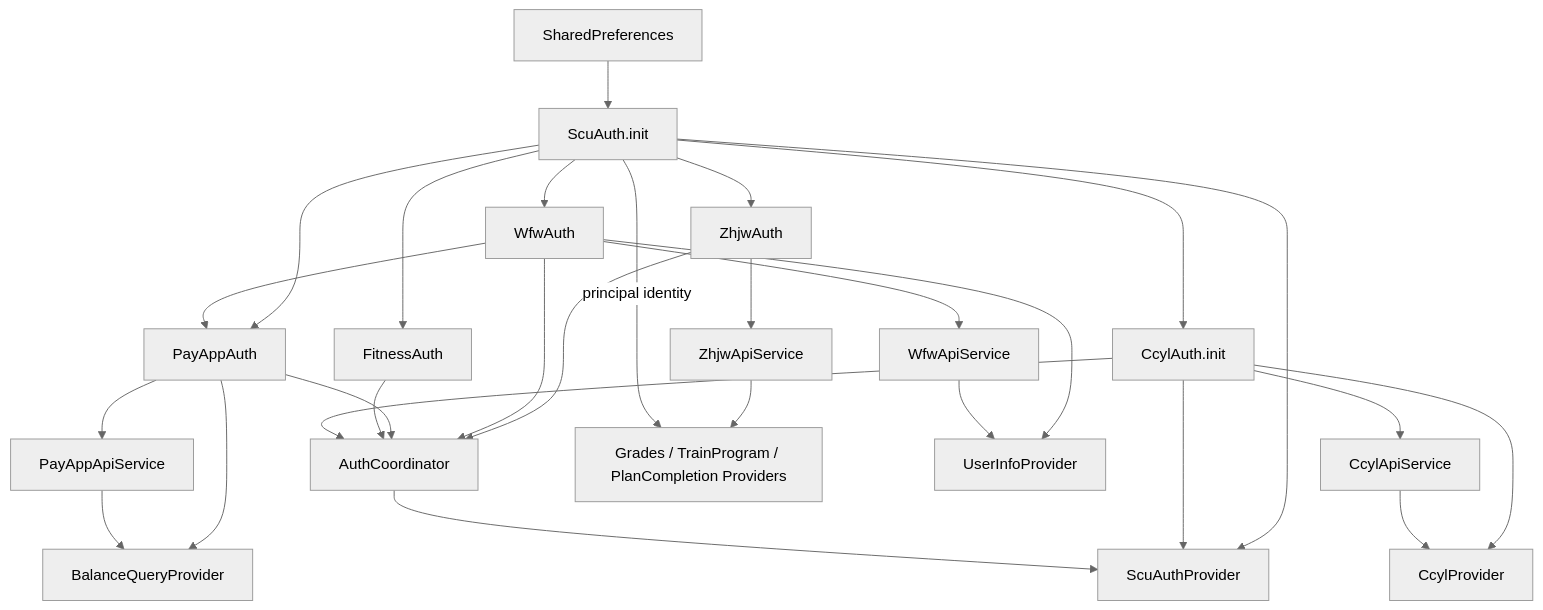
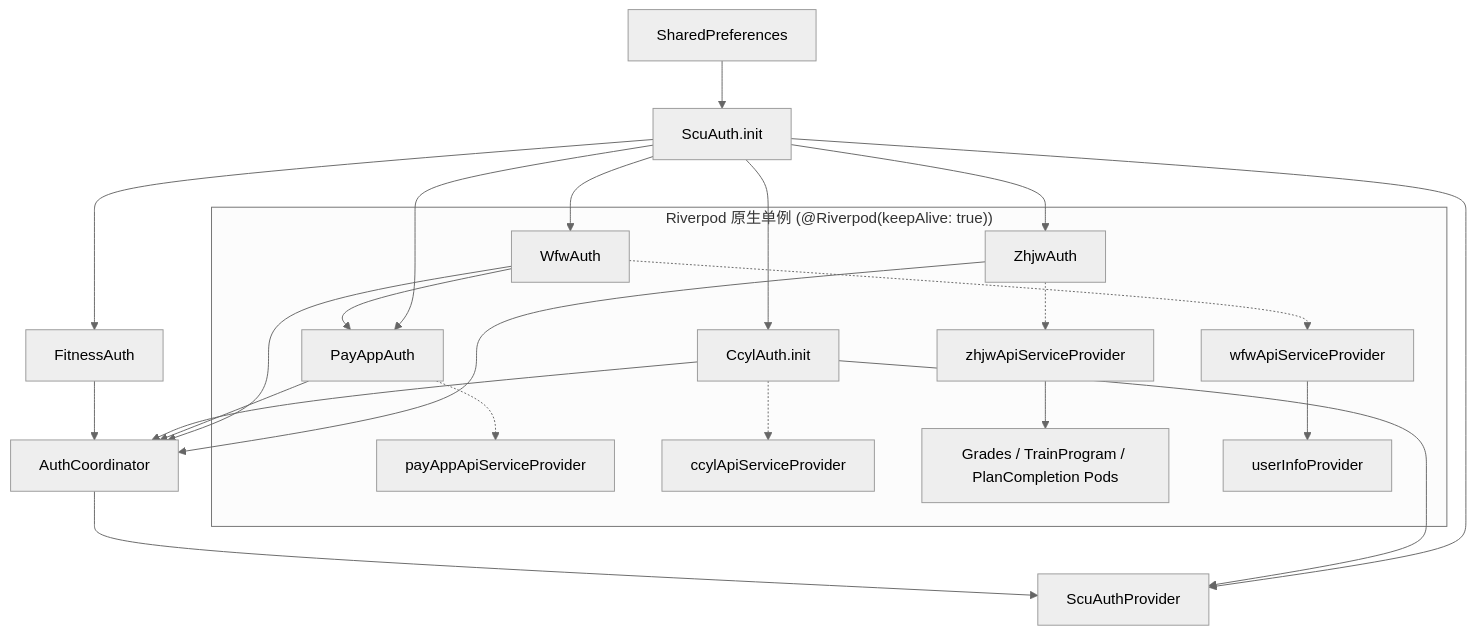
One commit to The-Brotherhood-of-SCU/Bugaoshan changed the fifth of 5 diagrams in docs/architecture/authentication.md. Above: the diagram before and after it, drawn with Mermaid (neutral theme). The commit also changed other lines of this file and 84 other files, not shown here.

Commit message:
refactor: migrate from AppConfigProvider to Riverpod settings providers

````diff
--- a/docs/architecture/authentication.md
+++ b/docs/architecture/authentication.md
@@ -515,30 +515,27 @@
 ```mermaid
 flowchart TD
     PREFS[SharedPreferences] --> SCU[ScuAuth.init]
     SCU --> ZHJW[ZhjwAuth]
     SCU --> WFW[WfwAuth]
     SCU --> FITNESS[FitnessAuth]
     SCU --> CCYL[CcylAuth.init]
     SCU --> PAYAPP[PayAppAuth]
     WFW --> PAYAPP
     ZHJW --> COORD[AuthCoordinator]
     WFW --> COORD
     PAYAPP --> COORD
     FITNESS --> COORD
     CCYL --> COORD
-    ZHJW --> ZAPI[ZhjwApiService]
-    WFW --> WAPI[WfwApiService]
-    PAYAPP --> PAPI[PayAppApiService]
-    CCYL --> CAPI[CcylApiService]
     SCU --> SAP[ScuAuthProvider]
     CCYL --> SAP
     COORD --> SAP
-    ZAPI --> ZPROVIDERS["Grades / TrainProgram / PlanCompletion Providers"]
-    SCU -->|principal identity| ZPROVIDERS
-    WFW --> UIP[UserInfoProvider]
-    WAPI --> UIP
-    PAYAPP --> BQP[BalanceQueryProvider]
-    PAPI --> BQP
-    CCYL --> CP[CcylProvider]
-    CAPI --> CP
+    
+    subgraph RiverpodSingletons["Riverpod 原生单例 (@Riverpod(keepAlive: true))"]
+        ZHJW -.-> ZAPI[zhjwApiServiceProvider]
+        WFW -.-> WAPI[wfwApiServiceProvider]
+        PAYAPP -.-> PAPI[payAppApiServiceProvider]
+        CCYL -.-> CAPI[ccylApiServiceProvider]
+        ZAPI --> ZPODS["Grades / TrainProgram / PlanCompletion Pods"]
+        WAPI --> UIP[userInfoProvider]
+    end
 ```
````
